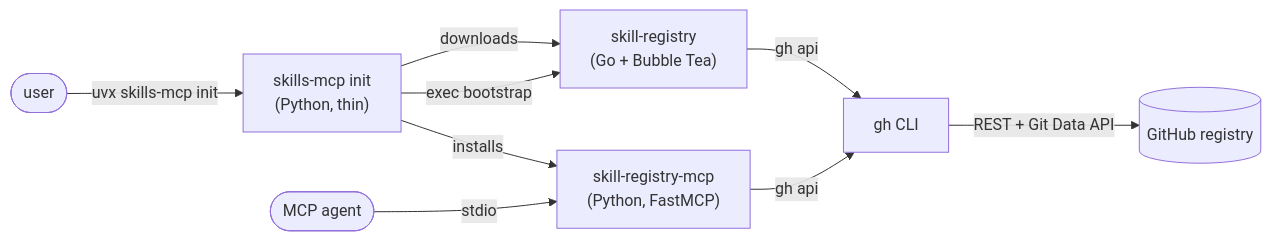
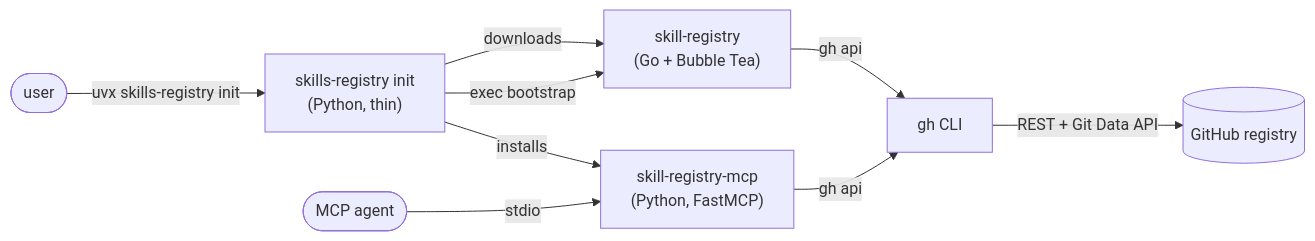
One commit to anand-92/skills-registry changed the first of 2 diagrams in docs/registry.md. Above: the diagram before and after it, drawn with Mermaid. The commit also changed other lines of this file and 15 other files, not shown here.

First line of the commit message:
feat!: rename PyPI package to skills-registry (v0.5.0)

````diff
--- a/docs/registry.md
+++ b/docs/registry.md
@@ -9,11 +9,11 @@
 ```mermaid
 flowchart LR
-  U([user]) -->|"uvx skills-mcp init"| Boot["skills-mcp init<br/>(Python, thin)"]
+  U([user]) -->|"uvx skills-registry init"| Boot["skills-registry init<br/>(Python, thin)"]
   Boot -->|"installs"| McpBin["skill-registry-mcp<br/>(Python, FastMCP)"]
   Boot -->|"downloads"| GoCLI["skill-registry<br/>(Go + Bubble Tea)"]
   Boot -->|"exec bootstrap"| GoCLI
   GoCLI -->|"gh api"| GH["gh CLI"]
   McpBin -->|"gh api"| GH
   GH -->|"REST + Git Data API"| Repo[(GitHub registry)]
   Agent([MCP agent]) -->|"stdio"| McpBin
 ```
````
